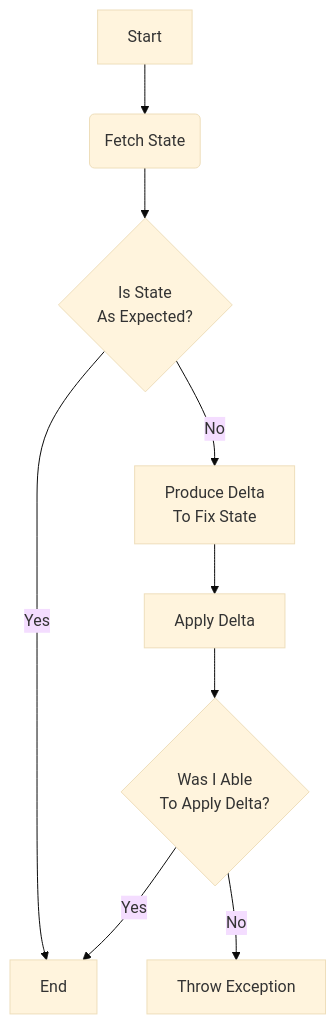
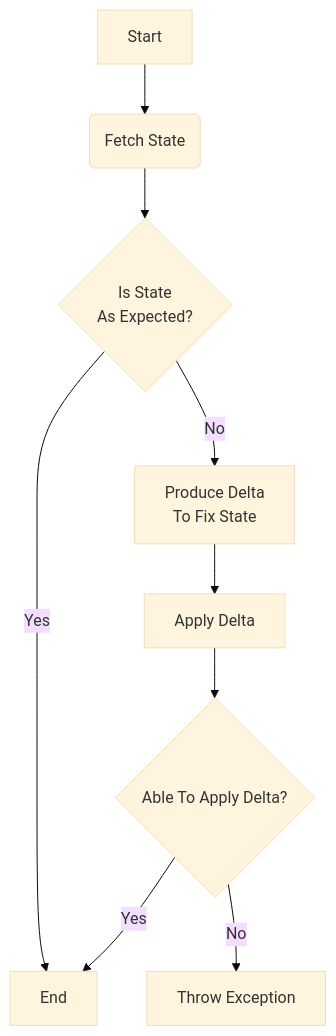
One commit to mykelalvis/Lynker-ioos-KB changed the diagram in KB/Release Engineering/idempotence.md. Above: the diagram before and after it, drawn with Mermaid (base theme). The commit also changed other lines of this file and 20 other files, not shown here.

````diff
--- a/KB/Release Engineering/idempotence.md
+++ b/KB/Release Engineering/idempotence.md
@@ -15,25 +15,25 @@
 ```mermaid
 graph TD
 
 A[Start] --> B(Fetch State)
 
 B --> C{Is State<br/>As Expected?}
 
 C -->|Yes| END
 
 C -->|No| D
 
 D[Produce Delta<br/>To Fix State] --> apply
 
 apply[Apply Delta] --> test
 
-test{Was I Able<br/>To Apply Delta?}
+test{Able To Apply Delta?}
 
 test -->|Yes| END
 
 test -->|No|FAIL
 
 END[End]
 
 FAIL[Throw Exception]
 ```
````
